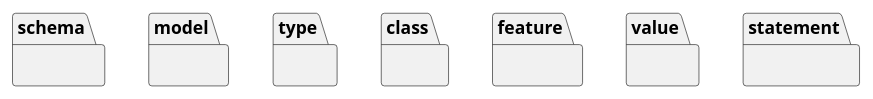
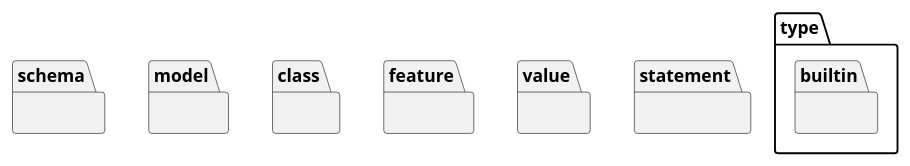
The diagram in modules/ROOT/examples/bmm/languages/bmm/bmm_model/bmm_model-package-uml.adoc (wolandscat/openehr-doc), drawn with PlantUML before and after one commit. The commit also changed 541 other files, not shown here.

Commit message:
Regen with override markers, and override relations removed from UML.

```diff
--- a/modules/ROOT/examples/bmm/languages/bmm/bmm_model/bmm_model-package-uml.adoc
+++ b/modules/ROOT/examples/bmm/languages/bmm/bmm_model/bmm_model-package-uml.adoc
@@ -3,28 +3,28 @@
 [plantuml,opts=interactive,link=self]
 ....
 skinparam groupInheritance 2
 skinparam citedClassColor #FDFDFD
 
 
 package schema {
 }
 
 package model {
 }
 
-package type {
+package type.builtin {
 }
 
 package class {
 }
 
 package feature {
 }
 
 package value {
 }
 
 package statement {
 }
 
 ....
```
